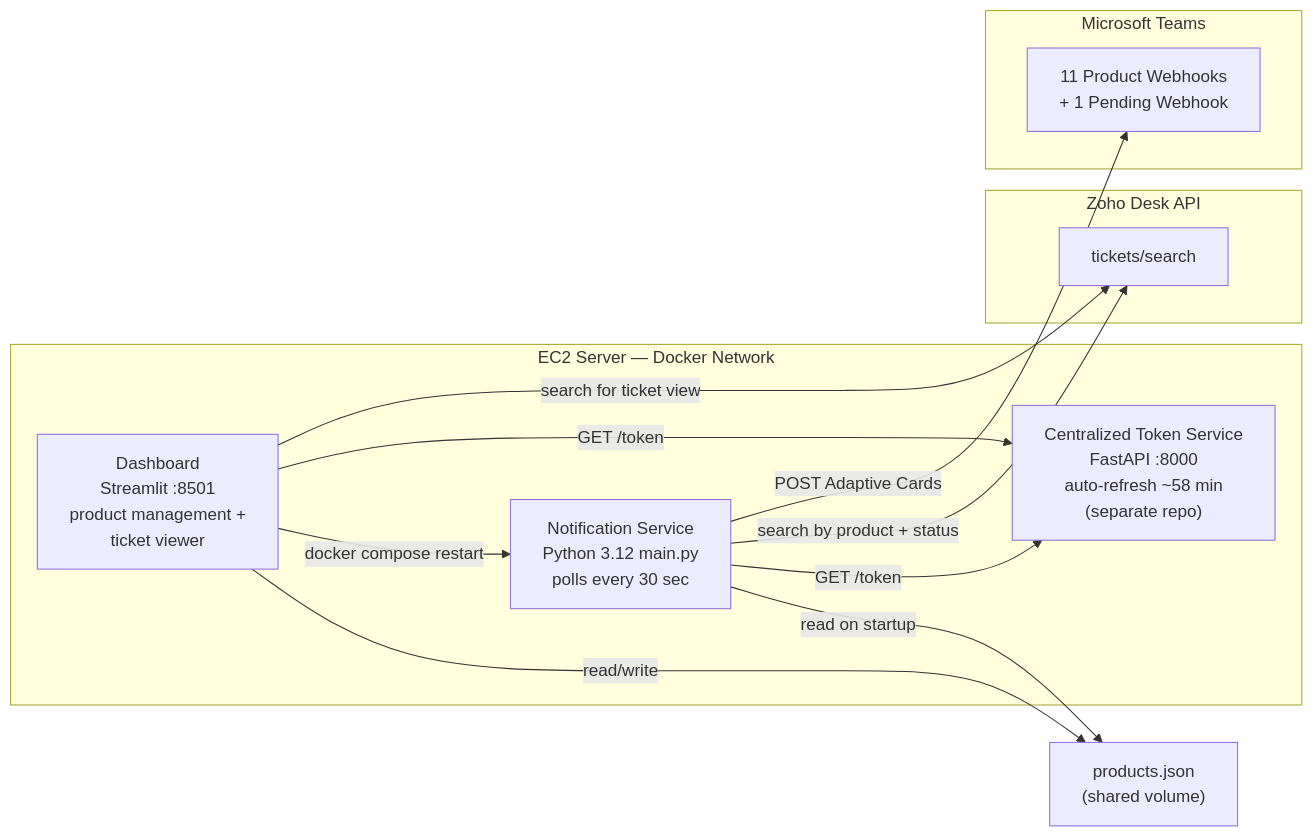
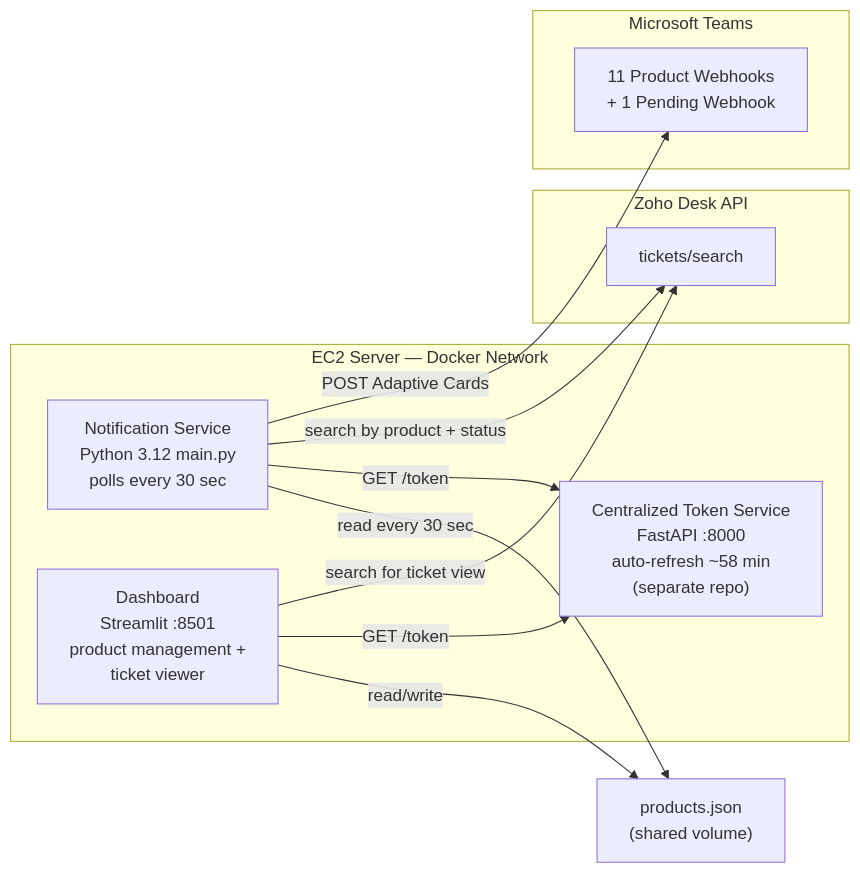
The first of 4 diagrams in README.md (AnsImran/ms-teams-zoho-desk-notifications-service), drawn with Mermaid before and after one commit. The commit also changed other lines of this file and 1 other file, not shown here.

First line of the commit message:
add deployment docs and update README for current architecture

````diff
--- a/README.md
+++ b/README.md
@@ -9,27 +9,26 @@
 ```mermaid
 flowchart LR
     subgraph EC2["EC2 Server — Docker Network"]
         TS["Centralized Token Service<br>FastAPI :8000<br>auto-refresh ~58 min<br>(separate repo)"]
         NS["Notification Service<br>Python 3.12 main.py<br>polls every 30 sec"]
         DB["Dashboard<br>Streamlit :8501<br>product management +<br>ticket viewer"]
     end
 
     subgraph Zoho["Zoho Desk API"]
         ZD["tickets/search"]
     end
 
     subgraph Teams["Microsoft Teams"]
         WH["11 Product Webhooks<br>+ 1 Pending Webhook"]
     end
 
     JSON["products.json<br>(shared volume)"]
 
     DB -- "read/write" --> JSON
-    NS -- "read on startup" --> JSON
-    DB -- "docker compose restart" --> NS
+    NS -- "read every 30 sec" --> JSON
     NS -- "GET /token" --> TS
     DB -- "GET /token" --> TS
     NS -- "search by product + status" --> ZD
     DB -- "search for ticket view" --> ZD
     NS -- "POST Adaptive Cards" --> WH
 ```
````
